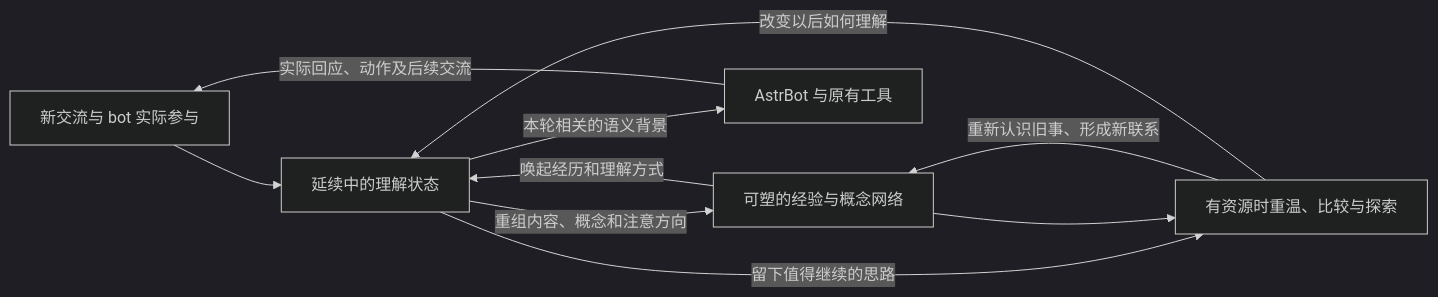
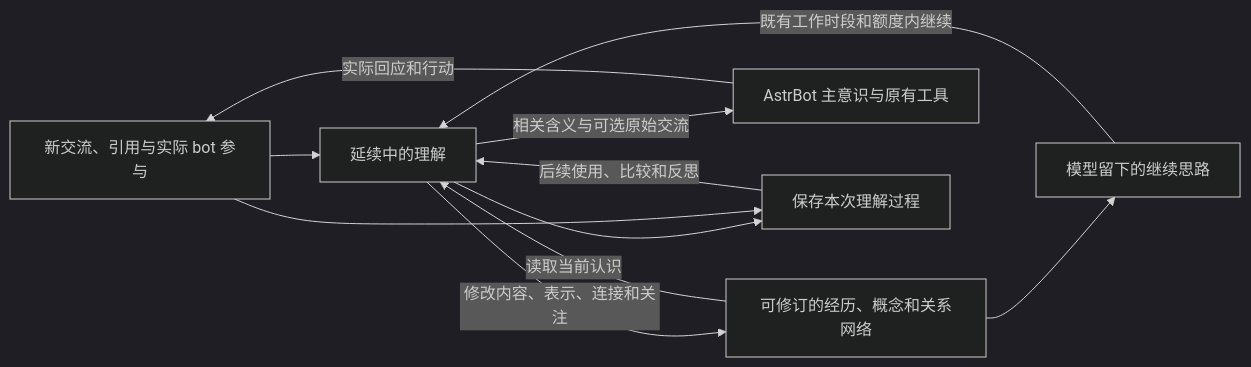
One commit to byydzh/astrbot_plugin_mr_memory changed the diagram in docs/memory-redesign.md. Above: the diagram before and after it, drawn with Mermaid (dark theme). The commit also changed other lines of this file and 12 other files, not shown here.

```diff
--- a/docs/memory-redesign.md
+++ b/docs/memory-redesign.md
@@ -33,12 +17,13 @@
 ~~~mermaid
 flowchart LR
-    E[新交流与 bot 实际参与] --> W[延续中的理解状态]
-    G[可塑的经验与概念网络] -->|唤起经历和理解方式| W
-    W -->|重组内容、概念和注意方向| G
-    W -->|本轮相关的语义背景| A[AstrBot 与原有工具]
-    A -->|实际回应、动作及后续交流| E
-    W -->|留下值得继续的思路| R[有资源时重温、比较与探索]
-    G --> R
-    R -->|重新认识旧事、形成新联系| G
-    R -->|改变以后如何理解| W
+    E[新交流、引用与实际 bot 参与] --> W[延续中的理解]
+    G[可修订的经历、概念和关系网络] -->|读取当前认识| W
+    W -->|修改内容、表示、连接和关注| G
+    W -->|相关含义与可选原始交流| A[AstrBot 主意识与原有工具]
+    A -->|实际回应和行动| E
+    W --> X[保存本次理解过程]
+    E --> X
+    X -->|后续使用、比较和反思| W
+    G --> R[模型留下的继续思路]
+    R -->|既有工作时段和额度内继续| W
 ~~~
```
